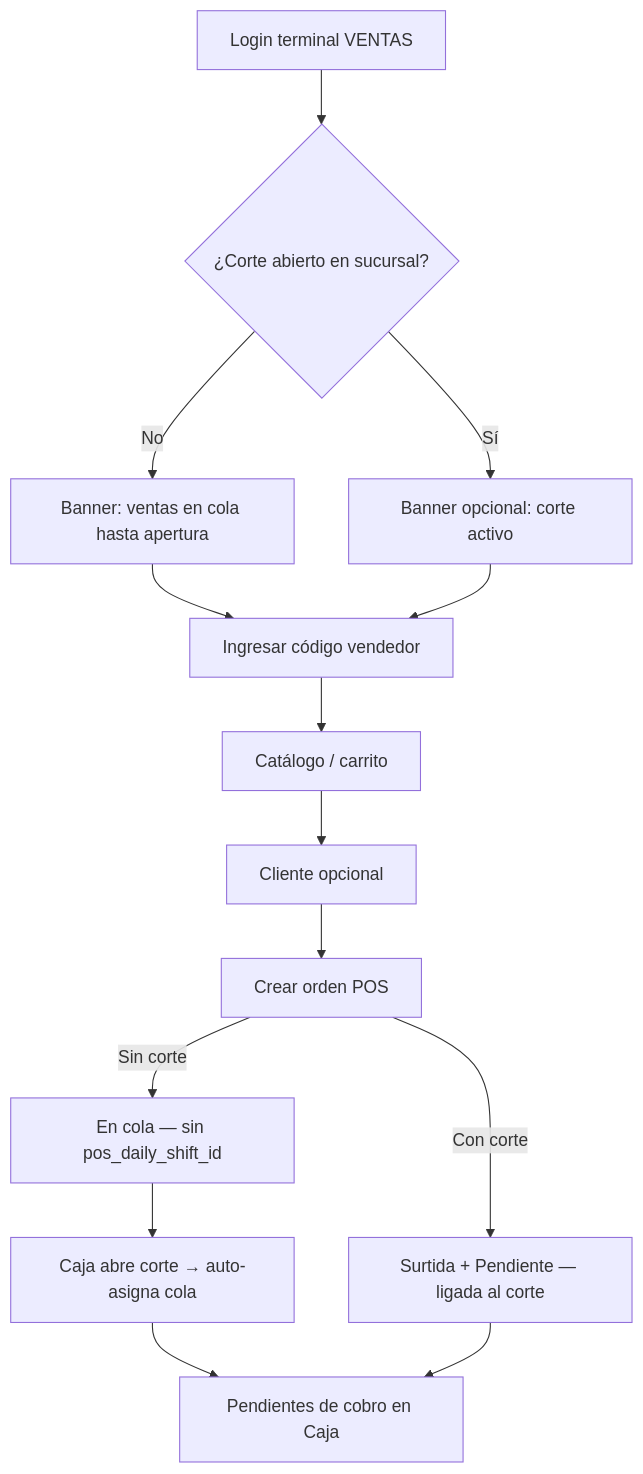
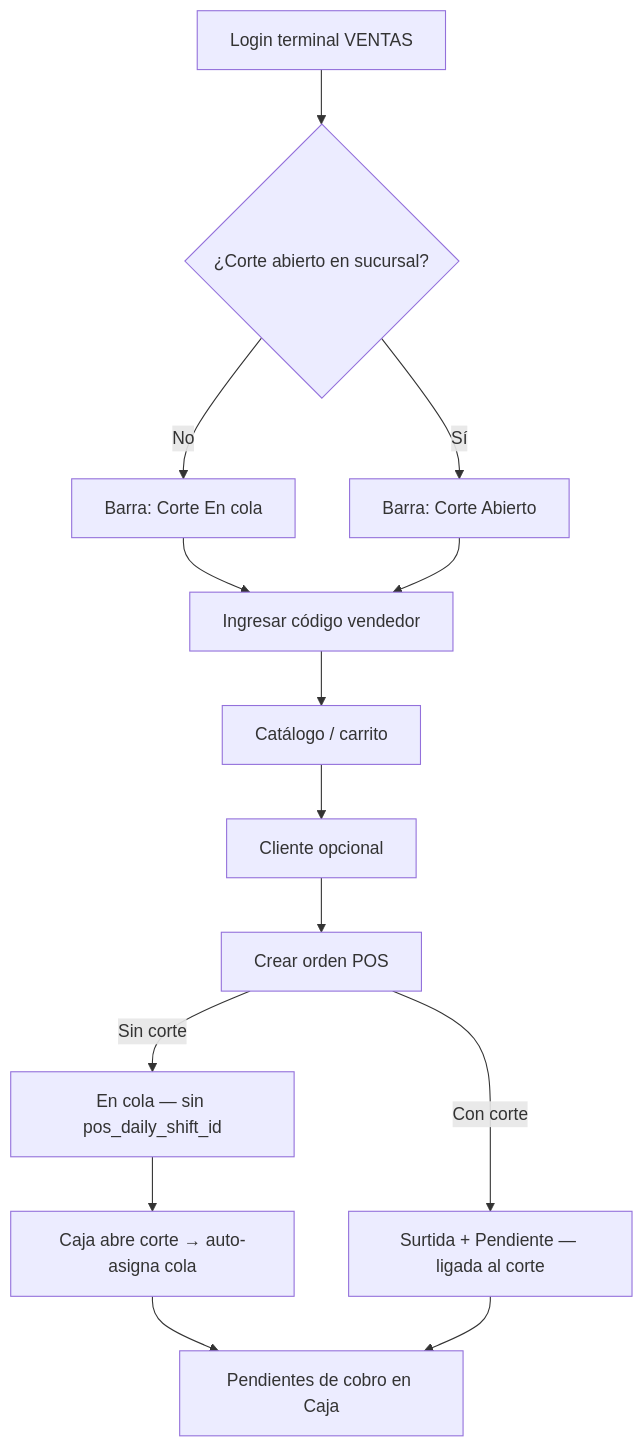
One commit to sinergy-digital-mx/sinergy-erp-backend-clients changed the second of 5 diagrams in src/api/pos-shifts/docs/UI_POS_FLOW.md. Above: the diagram before and after it, drawn with Mermaid. The commit also changed other lines of this file and 134 other files, not shown here.

````diff
--- a/src/api/pos-shifts/docs/UI_POS_FLOW.md
+++ b/src/api/pos-shifts/docs/UI_POS_FLOW.md
@@ -806,16 +820,16 @@
 ```mermaid
 flowchart TD
     A[Login terminal VENTAS] --> B{¿Corte abierto en sucursal?}
-    B -->|No| C[Banner: ventas en cola hasta apertura]
-    B -->|Sí| D[Banner opcional: corte activo]
+    B -->|No| C[Barra: Corte En cola]
+    B -->|Sí| D[Barra: Corte Abierto]
     C --> E[Ingresar código vendedor]
     D --> E
     E --> F[Catálogo / carrito]
     F --> G[Cliente opcional]
     G --> H[Crear orden POS]
     H -->|Sin corte| I[En cola — sin pos_daily_shift_id]
     H -->|Con corte| J[Surtida + Pendiente — ligada al corte]
     I --> K[Caja abre corte → auto-asigna cola]
     K --> L[Pendientes de cobro en Caja]
     J --> L
 ```
````
